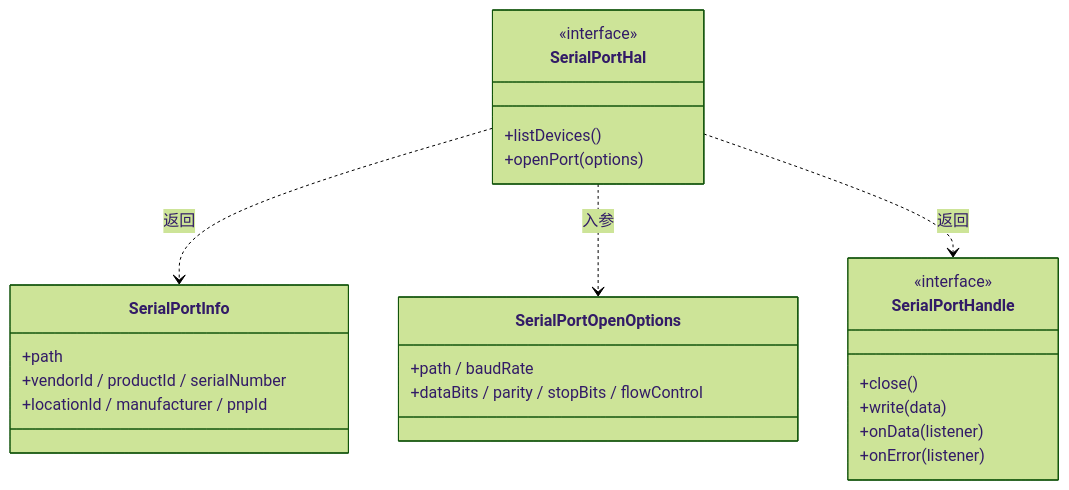
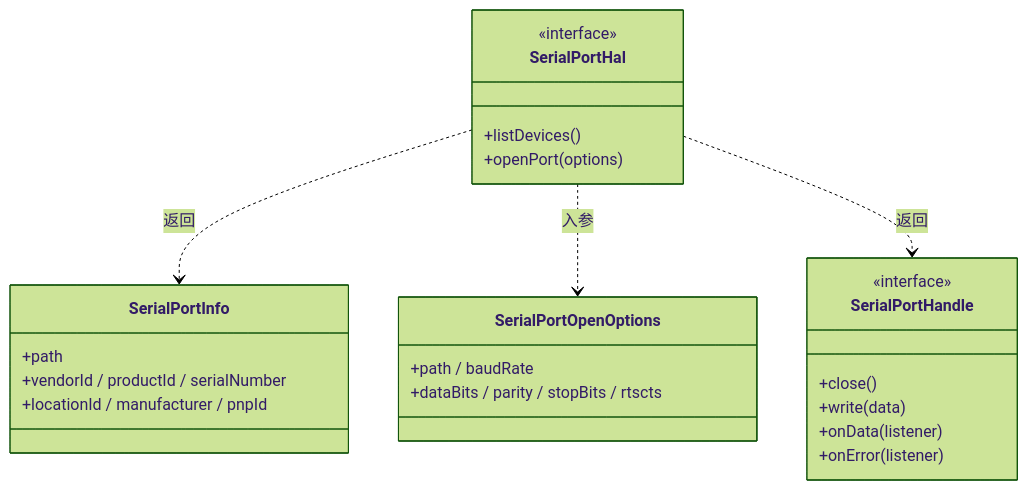
One commit to ziqiang-zhu/vscode-serial-port-terminal changed the diagram in doc/SerialPortHal设计.md. Above: the diagram before and after it, drawn with Mermaid (forest theme). The commit also changed other lines of this file and 11 other files, not shown here.

````diff
--- a/doc/SerialPortHal设计.md
+++ b/doc/SerialPortHal设计.md
@@ -78,27 +78,27 @@
 ```mermaid
 classDiagram
     class SerialPortHal {
         <<interface>>
         +listDevices()
         +openPort(options)
     }
     class SerialPortInfo {
         +path
         +vendorId / productId / serialNumber
         +locationId / manufacturer / pnpId
     }
     class SerialPortOpenOptions {
         +path / baudRate
-        +dataBits / parity / stopBits / flowControl
+        +dataBits / parity / stopBits / rtscts
     }
     class SerialPortHandle {
         <<interface>>
         +close()
         +write(data)
         +onData(listener)
         +onError(listener)
     }
     SerialPortHal ..> SerialPortInfo : 返回
     SerialPortHal ..> SerialPortOpenOptions : 入参
     SerialPortHal ..> SerialPortHandle : 返回
 ```
````
